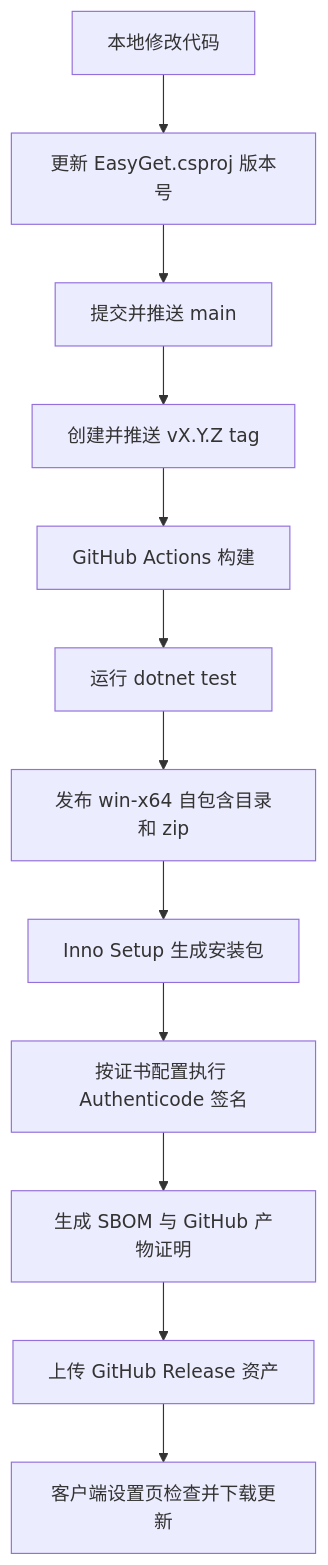
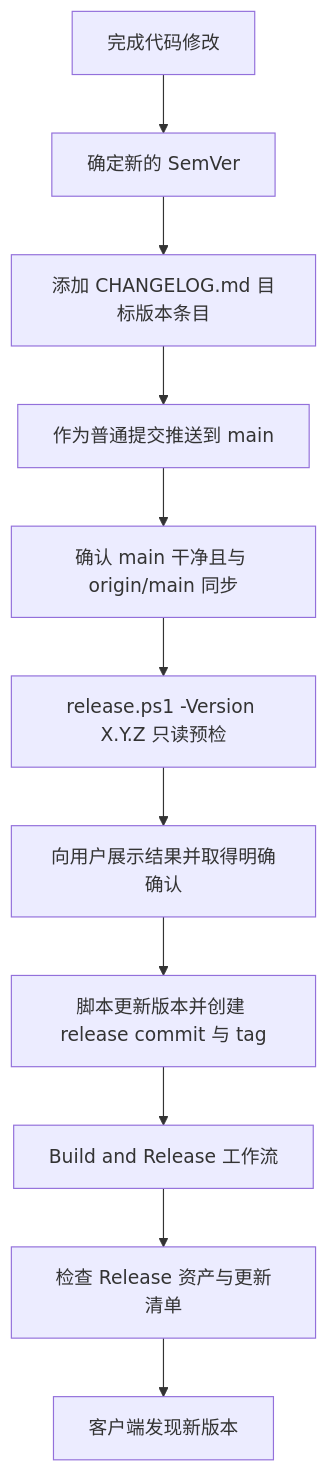
The diagram in docs/release_and_updater_manual.md (zzf-857/EasyGet), drawn with Mermaid before and after one commit. The commit also changed other lines of this file and 6 other files, not shown here.

First line of the commit message:
ci: harden build and release automation

````diff
--- a/docs/release_and_updater_manual.md
+++ b/docs/release_and_updater_manual.md
@@ -7,14 +19,13 @@
 ```mermaid
 graph TD
-    A["本地修改代码"] --> B["更新 EasyGet.csproj 版本号"]
-    B --> C["提交并推送 main"]
-    C --> D["创建并推送 vX.Y.Z tag"]
-    D --> E["GitHub Actions 构建"]
-    E --> F["运行 dotnet test"]
-    F --> G["发布 win-x64 自包含目录和 zip"]
-    G --> H["Inno Setup 生成安装包"]
-    H --> I["按证书配置执行 Authenticode 签名"]
-    I --> J["生成 SBOM 与 GitHub 产物证明"]
-    J --> K["上传 GitHub Release 资产"]
-    K --> L["客户端设置页检查并下载更新"]
+    A["完成代码修改"] --> B["确定新的 SemVer"]
+    B --> C["添加 CHANGELOG.md 目标版本条目"]
+    C --> D["作为普通提交推送到 main"]
+    D --> E["确认 main 干净且与 origin/main 同步"]
+    E --> F["release.ps1 -Version X.Y.Z 只读预检"]
+    F --> G["向用户展示结果并取得明确确认"]
+    G --> H["脚本更新版本并创建 release commit 与 tag"]
+    H --> I["Build and Release 工作流"]
+    I --> J["检查 Release 资产与更新清单"]
+    J --> K["客户端发现新版本"]
 ```
````
